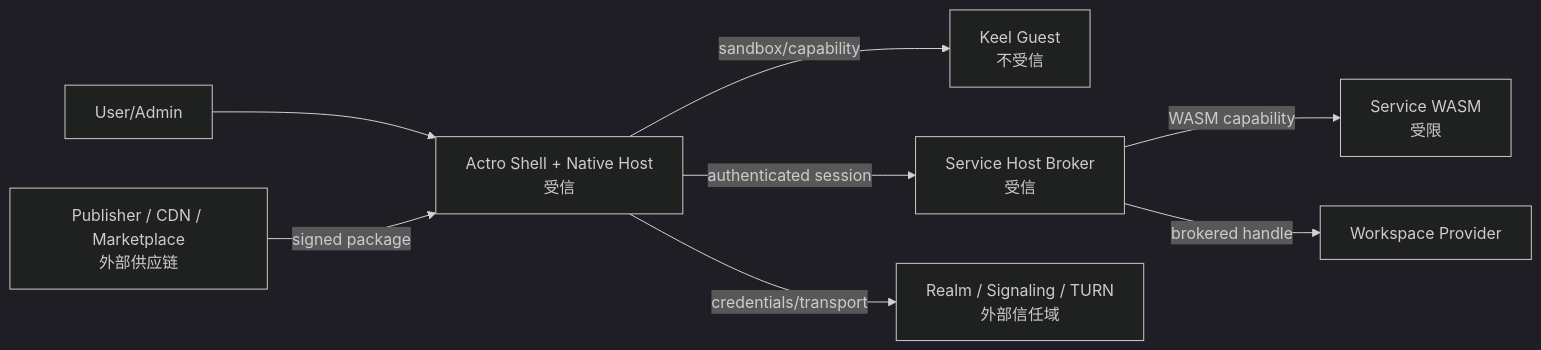
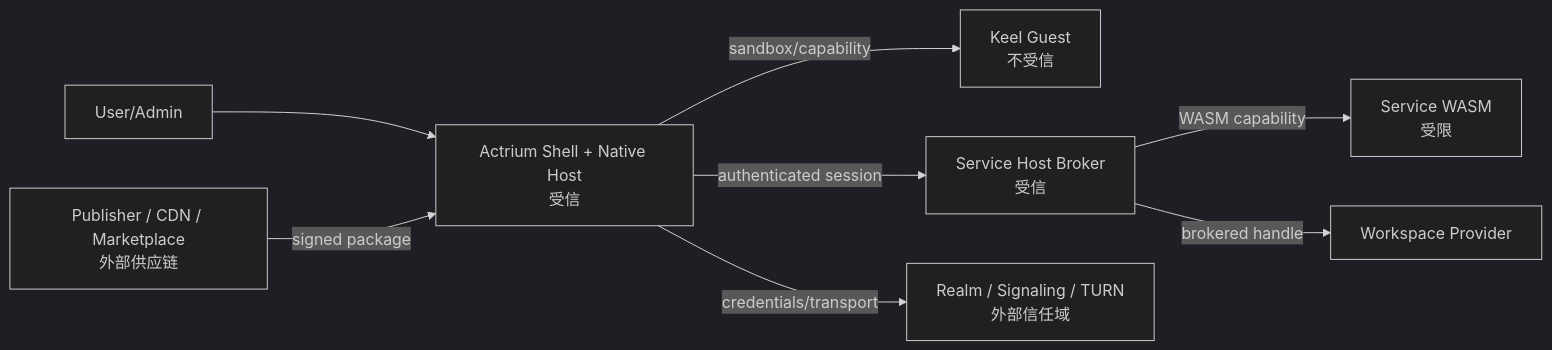
Before and after one commit to Actrium/actrium: the diagram in docs/product/actrium-v1/09-security-and-privacy.zh.md, drawn with Mermaid (dark theme). The commit also changed other lines of this file and 999 other files, not shown here.

````diff
--- a/docs/product/actrium-v1/09-security-and-privacy.zh.md
+++ b/docs/product/actrium-v1/09-security-and-privacy.zh.md
@@ -24,19 +24,19 @@
 ```mermaid
 flowchart LR
     U["User/Admin"]
-    SH["Actro Shell + Native Host<br/>受信"]
+    SH["Actrium Shell + Native Host<br/>受信"]
     G["Keel Guest<br/>不受信"]
     SVH["Service Host Broker<br/>受信"]
     SW["Service WASM<br/>受限"]
     WS["Workspace Provider"]
     R["Realm / Signaling / TURN<br/>外部信任域"]
     PUB["Publisher / CDN / Marketplace<br/>外部供应链"]
 
     U --> SH
     PUB -->|signed package| SH
     SH -->|sandbox/capability| G
     SH -->|authenticated session| SVH
     SVH -->|WASM capability| SW
     SVH -->|brokered handle| WS
     SH -->|credentials/transport| R
 ```
````
